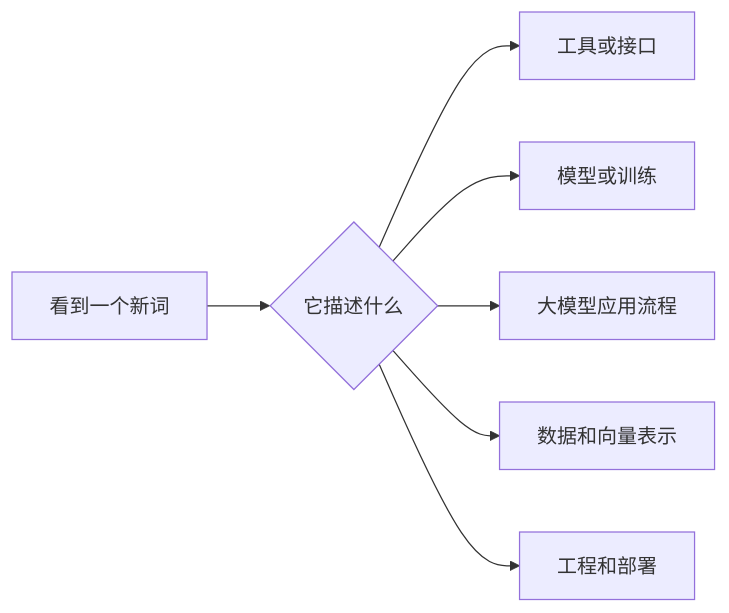
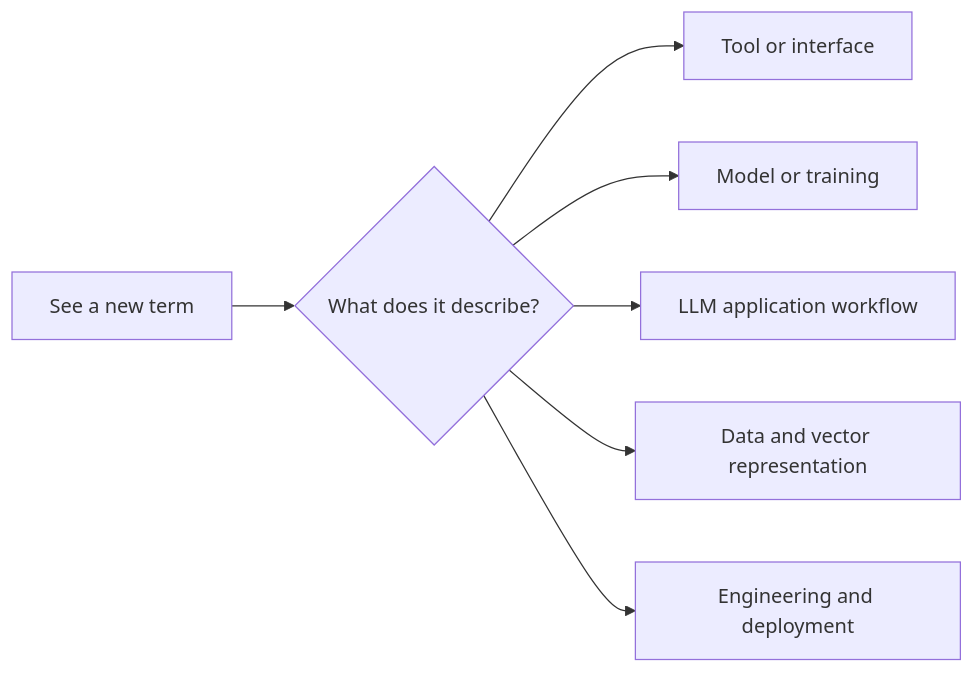
Before and after one commit to oudbiao/AI-fullstack-course: the diagram in docs/intro/concept-comparison.md, drawn with Mermaid. The commit also changed other lines of this file and 1406 other files, not shown here.

````diff
--- a/docs/intro/concept-comparison.md
+++ b/docs/intro/concept-comparison.md
@@ -16,9 +16,9 @@
 ```mermaid
 flowchart LR
-  A["看到一个新词"] --> B{"它描述什么"}
-  B --> C["工具或接口"]
-  B --> D["模型或训练"]
-  B --> E["大模型应用流程"]
-  B --> F["数据和向量表示"]
-  B --> G["工程和部署"]
+  A["See a new term"] --> B{"What does it describe?"}
+  B --> C["Tool or interface"]
+  B --> D["Model or training"]
+  B --> E["LLM application workflow"]
+  B --> F["Data and vector representation"]
+  B --> G["Engineering and deployment"]
 ```
````
